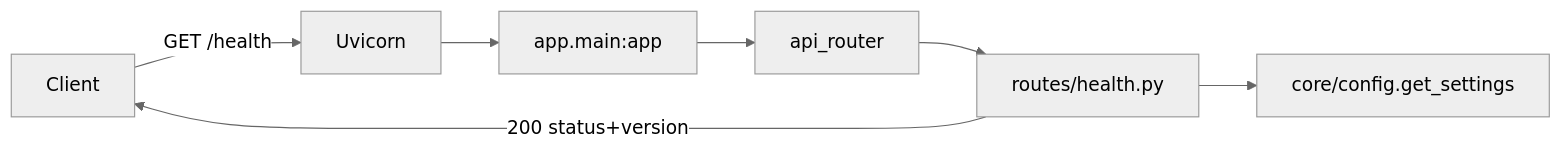
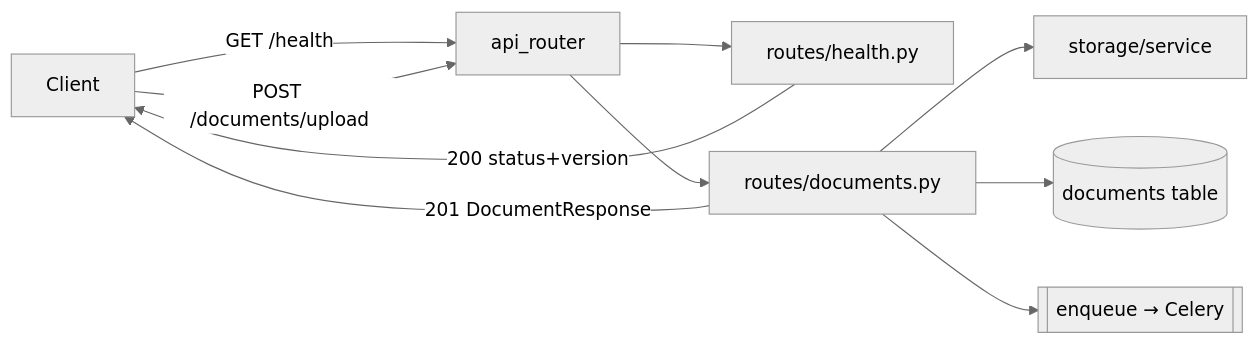
The diagram in CLAUDE.md (Northnoose/Multimodal-Document-Intelligence-for-Contracts-and-Invoices), drawn with Mermaid (neutral theme) before and after one commit. The commit also changed other lines of this file and 16 other files, not shown here.

Commit message:
Added document upload endpoint, metadata model, and worker baseline

````diff
--- a/CLAUDE.md
+++ b/CLAUDE.md
@@ -111,9 +126,12 @@
 ```mermaid
 flowchart LR
-    Client -->|GET /health| Uvicorn
-    Uvicorn --> FastAPI[app.main:app]
-    FastAPI --> Router[api_router]
+    Client -->|GET /health| Router[api_router]
+    Client -->|POST /documents/upload| Router
     Router --> Health[routes/health.py]
-    Health --> Settings[core/config.get_settings]
+    Router --> Docs[routes/documents.py]
     Health -->|200 status+version| Client
+    Docs --> Storage[storage/service]
+    Docs --> DB[(documents table)]
+    Docs --> Queue[[enqueue → Celery]]
+    Docs -->|201 DocumentResponse| Client
 ```
````
